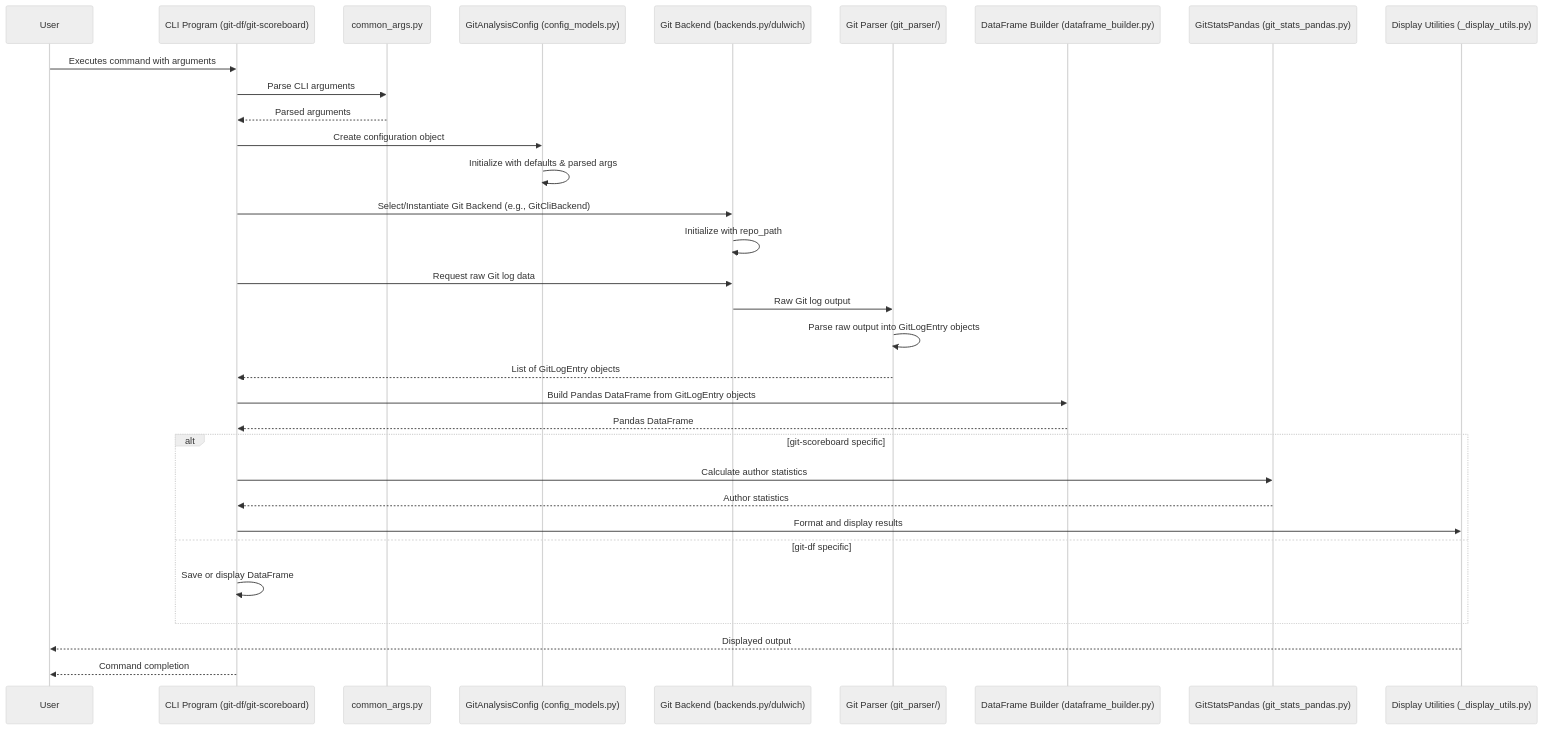
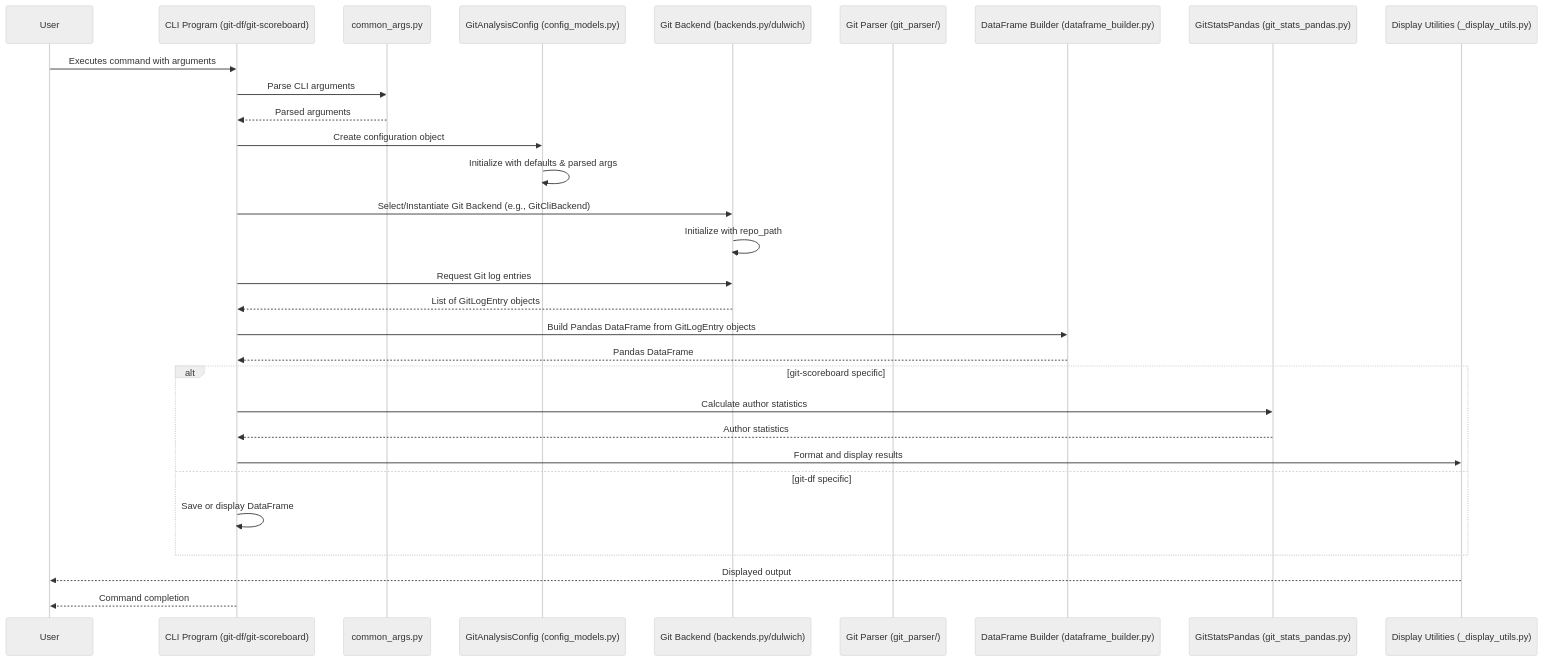
Before and after one commit to rbagchi/git-dataframe-tools: the first of 3 diagrams in TECHNICAL_WALKTHROUGH.md, drawn with Mermaid (neutral theme). The commit also changed other lines of this file and 2 other files, not shown here.

Commit message:
docs: Update documentation to reflect backend standardization

````diff
--- a/TECHNICAL_WALKTHROUGH.md
+++ b/TECHNICAL_WALKTHROUGH.md
@@ -36,35 +39,33 @@
 ```mermaid
 sequenceDiagram
     participant User
     participant CLI_Program as CLI Program (git-df/git-scoreboard)
     participant common_args as common_args.py
     participant GitAnalysisConfig as GitAnalysisConfig (config_models.py)
     participant Backend as Git Backend (backends.py/dulwich)
     participant GitParser as Git Parser (git_parser/)
     participant DataFrameBuilder as DataFrame Builder (dataframe_builder.py)
     participant GitStatsPandas as GitStatsPandas (git_stats_pandas.py)
     participant DisplayUtils as Display Utilities (_display_utils.py)
 
     User->>CLI_Program: Executes command with arguments
     CLI_Program->>common_args: Parse CLI arguments
     common_args-->>CLI_Program: Parsed arguments
     CLI_Program->>GitAnalysisConfig: Create configuration object
     GitAnalysisConfig->>GitAnalysisConfig: Initialize with defaults & parsed args
     CLI_Program->>Backend: Select/Instantiate Git Backend (e.g., GitCliBackend)
     Backend->>Backend: Initialize with repo_path
-    CLI_Program->>Backend: Request raw Git log data
-    Backend->>GitParser: Raw Git log output
-    GitParser->>GitParser: Parse raw output into GitLogEntry objects
-    GitParser-->>CLI_Program: List of GitLogEntry objects
+    CLI_Program->>Backend: Request Git log entries
+    Backend-->>CLI_Program: List of GitLogEntry objects
     CLI_Program->>DataFrameBuilder: Build Pandas DataFrame from GitLogEntry objects
     DataFrameBuilder-->>CLI_Program: Pandas DataFrame
     alt git-scoreboard specific
         CLI_Program->>GitStatsPandas: Calculate author statistics
         GitStatsPandas-->>CLI_Program: Author statistics
         CLI_Program->>DisplayUtils: Format and display results
     else git-df specific
         CLI_Program->>CLI_Program: Save or display DataFrame
     end
     DisplayUtils-->>User: Displayed output
     CLI_Program-->>User: Command completion
 ```
````
